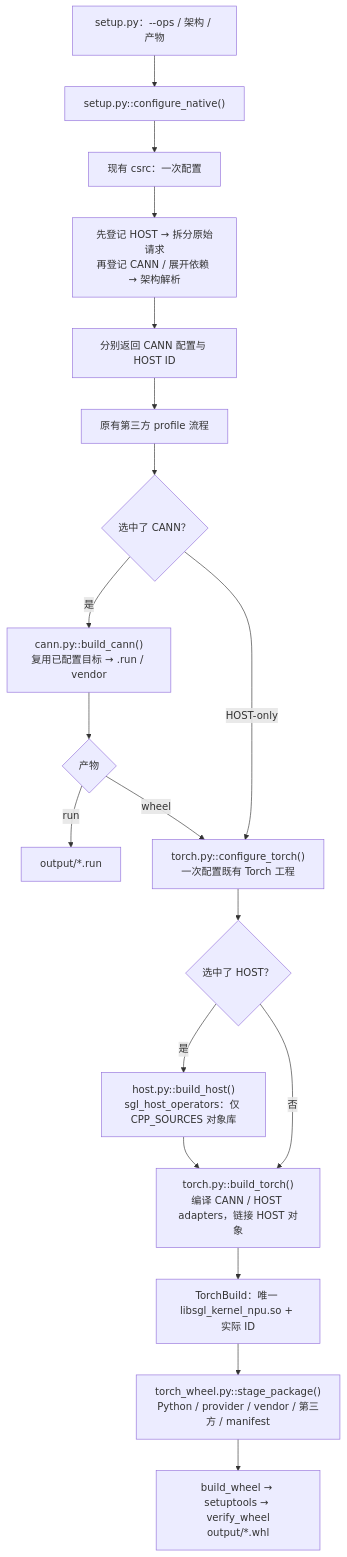
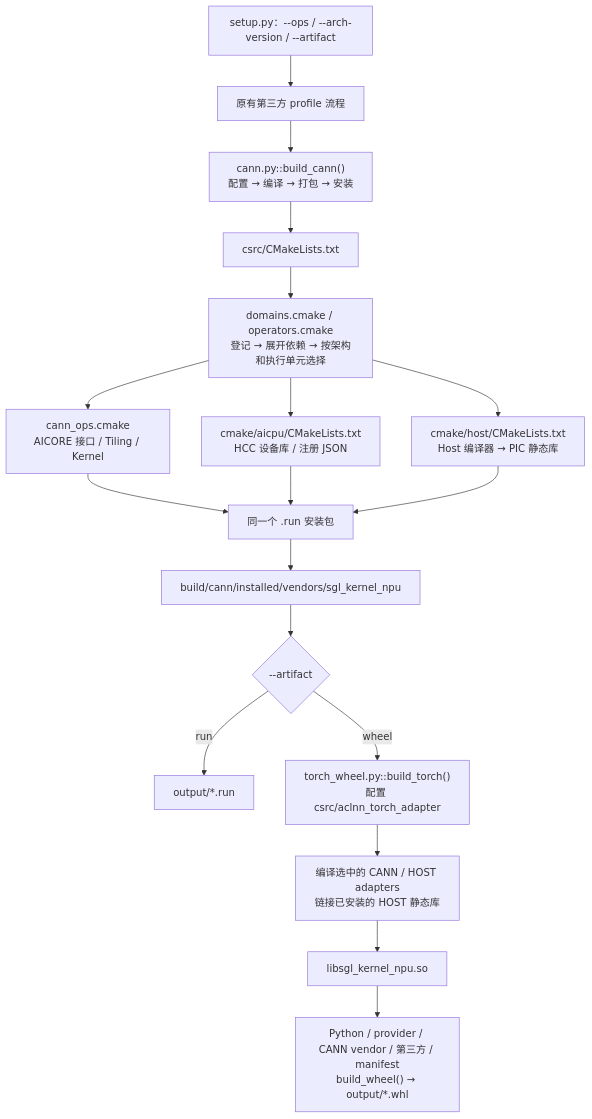
One commit to sgl-project/sgl-kernel-npu changed the diagram in docs/build_architecture.md. Above: the diagram before and after it, drawn with Mermaid. The commit also changed other lines of this file and 13 other files, not shown here.

Commit message:
build: package HOST operators through the native CMake pipeline

````diff
--- a/docs/build_architecture.md
+++ b/docs/build_architecture.md
@@ -7,21 +7,20 @@
 ```mermaid
 flowchart TD
-    CLI["setup.py：--ops / 架构 / 产物"] --> CONFIG["setup.py::configure_native()"]
-    CONFIG --> ROOT["现有 csrc：一次配置"]
-    ROOT --> REG["先登记 HOST → 拆分原始请求<br/>再登记 CANN / 展开依赖 → 架构解析"]
-    REG --> SELECT["分别返回 CANN 配置与 HOST ID"]
-    SELECT --> TP["原有第三方 profile 流程"]
-    TP --> CHECK{"选中了 CANN？"}
-    CHECK -->|是| CANN["cann.py::build_cann()<br/>复用已配置目标 → .run / vendor"]
-    CANN --> ART{"产物"}
-    ART -->|run| RUN["output/*.run"]
-    ART -->|wheel| TORCHCONFIG["torch.py::configure_torch()<br/>一次配置既有 Torch 工程"]
-    CHECK -->|HOST-only| TORCHCONFIG
-    TORCHCONFIG --> HOSTCHECK{"选中了 HOST？"}
-    HOSTCHECK -->|是| HOST["host.py::build_host()<br/>sgl_host_operators：仅 CPP_SOURCES 对象库"]
-    HOST --> TORCH["torch.py::build_torch()<br/>编译 CANN / HOST adapters，链接 HOST 对象"]
-    HOSTCHECK -->|否| TORCH
-    TORCH --> SO["TorchBuild：唯一 libsgl_kernel_npu.so + 实际 ID"]
-    SO --> STAGE["torch_wheel.py::stage_package()<br/>Python / provider / vendor / 第三方 / manifest"]
-    STAGE --> WHEEL["build_wheel → setuptools → verify_wheel<br/>output/*.whl"]
+    CLI["setup.py：--ops / --arch-version / --artifact"] --> TP["原有第三方 profile 流程"]
+    TP --> BUILD["cann.py::build_cann()<br/>配置 → 编译 → 打包 → 安装"]
+    BUILD --> ROOT["csrc/CMakeLists.txt"]
+    ROOT --> REG["domains.cmake / operators.cmake<br/>登记 → 展开依赖 → 按架构和执行单元选择"]
+    REG --> CORE["cann_ops.cmake<br/>AICORE 接口 / Tiling / Kernel"]
+    REG --> CPU["cmake/aicpu/CMakeLists.txt<br/>HCC 设备库 / 注册 JSON"]
+    REG --> HOST["cmake/host/CMakeLists.txt<br/>Host 编译器 → PIC 静态库"]
+    CORE --> RUN["同一个 .run 安装包"]
+    CPU --> RUN
+    HOST --> RUN
+    RUN --> INSTALL["build/cann/installed/vendors/sgl_kernel_npu"]
+    INSTALL --> ART{"--artifact"}
+    ART -->|run| OUTRUN["output/*.run"]
+    ART -->|wheel| TORCH["torch_wheel.py::build_torch()<br/>配置 csrc/aclnn_torch_adapter"]
+    TORCH --> ADAPTER["编译选中的 CANN / HOST adapters<br/>链接已安装的 HOST 静态库"]
+    ADAPTER --> SO["libsgl_kernel_npu.so"]
+    SO --> WHEEL["Python / provider / CANN vendor / 第三方 / manifest<br/>build_wheel() → output/*.whl"]
 ```
````
